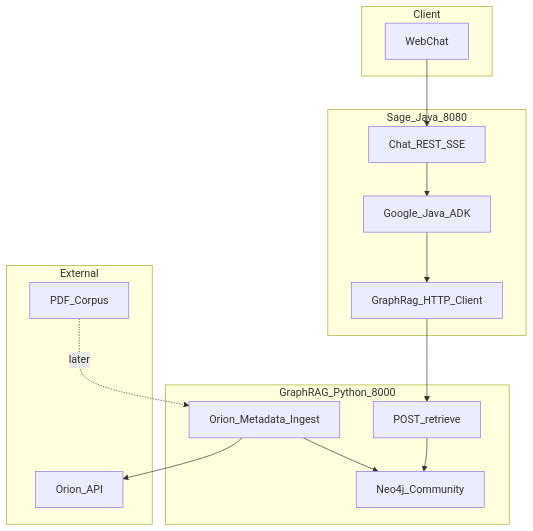
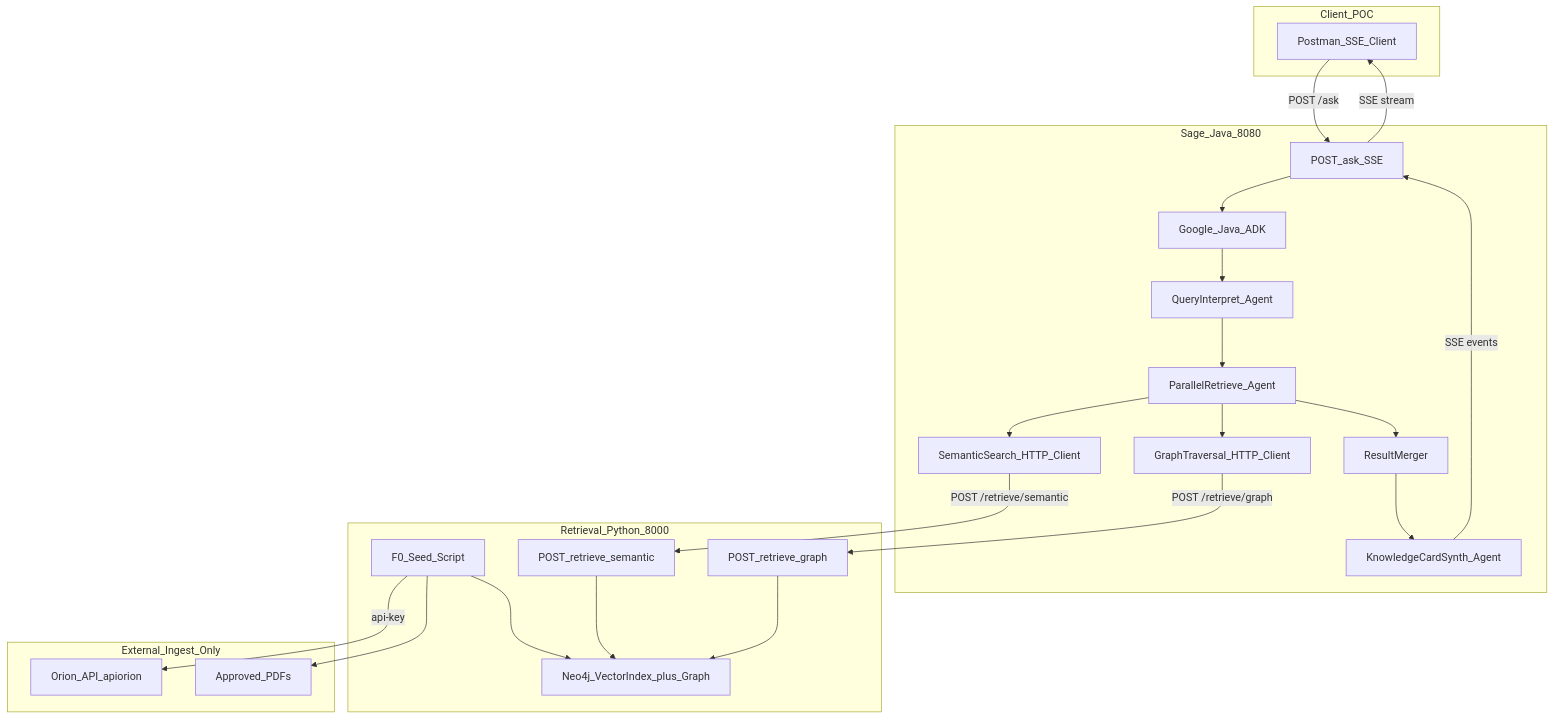
The first of 3 diagrams in docs/architecture.md (ShivendraGupta13/sage-ai), drawn with Mermaid before and after one commit. The commit also changed other lines of this file and 3 other files, not shown here.

Commit message:
Update feature document to v1.1, enhancing query interpretation, database population, and confidence scoring. Revise architecture and ADK documentation to reflect changes in the ask-time pipeline and retrieval processes. Add decision points for implementation clarity.

````diff
--- a/docs/architecture.md
+++ b/docs/architecture.md
@@ -113,32 +136,48 @@
 ```mermaid
 flowchart TB
-  subgraph client [Client]
-    WebChat[WebChat]
+  subgraph client [Client_POC]
+    Postman[Postman_SSE_Client]
   end
 
   subgraph sageJava [Sage_Java_8080]
-    ChatAPI[Chat_REST_SSE]
+    ChatAPI[POST_ask_SSE]
     ADK[Google_Java_ADK]
-    RagClient[GraphRag_HTTP_Client]
+    QI[QueryInterpret_Agent]
+    PA[ParallelRetrieve_Agent]
+    RM[ResultMerger]
+    Synth[KnowledgeCardSynth_Agent]
+    SemanticClient[SemanticSearch_HTTP_Client]
+    GraphClient[GraphTraversal_HTTP_Client]
   end
 
-  subgraph graphRagPython [GraphRAG_Python_8000]
-    IngestOrion[Orion_Metadata_Ingest]
-    RetrieveAPI[POST_retrieve]
-    Neo4jStore[Neo4j_Community]
+  subgraph pythonService [Retrieval_Python_8000]
+    SeedScript[F0_Seed_Script]
+    SemanticAPI[POST_retrieve_semantic]
+    GraphAPI[POST_retrieve_graph]
+    Neo4jStore[Neo4j_VectorIndex_plus_Graph]
   end
 
-  subgraph external [External]
-    OrionAPI[Orion_API]
-    PDFs[PDF_Corpus]
+  subgraph external [External_Ingest_Only]
+    OrionAPI[Orion_API_apiorion]
+    PDFs[Approved_PDFs]
   end
 
-  WebChat --> ChatAPI
+  Postman -->|POST /ask| ChatAPI
   ChatAPI --> ADK
-  ADK --> RagClient
-  RagClient --> RetrieveAPI
-  IngestOrion --> OrionAPI
-  IngestOrion --> Neo4jStore
-  RetrieveAPI --> Neo4jStore
-  PDFs -.->|later| IngestOrion
+  ADK --> QI
+  QI --> PA
+  PA --> SemanticClient
+  PA --> GraphClient
+  SemanticClient -->|POST /retrieve/semantic| SemanticAPI
+  GraphClient -->|POST /retrieve/graph| GraphAPI
+  PA --> RM
+  RM --> Synth
+  Synth -->|SSE events| ChatAPI
+  ChatAPI -->|SSE stream| Postman
+
+  SeedScript -->|api-key| OrionAPI
+  SeedScript --> PDFs
+  SeedScript --> Neo4jStore
+  SemanticAPI --> Neo4jStore
+  GraphAPI --> Neo4jStore
 ```
````
